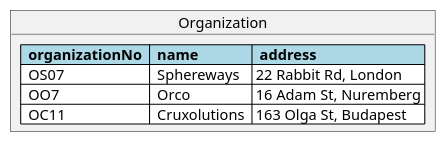
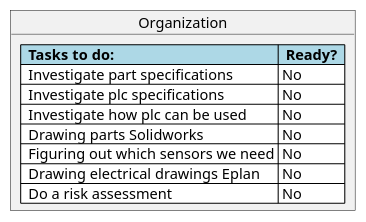
One commit to Timon14kraan/Project-Proces-and-Safety changed the diagram in src/Tasks.md. Above: the diagram before and after it, drawn with PlantUML. The commit also changed 1 other file, not shown here.

Commit message:
tasks bijgewerkt

````diff
--- a/src/Tasks.md
+++ b/src/Tasks.md
@@ -5,12 +5,16 @@
 ```plantuml
 @startuml
 
 object Organization {
-  <#lightblue,#black>|=  organizationNo  |=  name  |=  address  |
-  <#white>|  OS07  |  Sphereways  | 22 Rabbit Rd, London |
-  <#white>|  OO7  |  Orco  | 16 Adam St, Nuremberg |
-  <#white>|  OC11  |  Cruxolutions  | 163 Olga St, Budapest |
+  <#lightblue,#black>|=  Tasks to do:  |=  Ready?  |
+  <#white>|  Investigate part specifications | No |
+  <#white>|  Investigate plc specifications | No |
+  <#white>|  Investigate how plc can be used  | No |
+  <#white>|  Drawing parts Solidworks | No |
+  <#white>|  Figuring out which sensors we need | No |
+  <#white>|  Drawing electrical drawings Eplan | No |
+  <#white>|  Do a risk assessment | No |
 }
 
 @endulm
 ```
````
